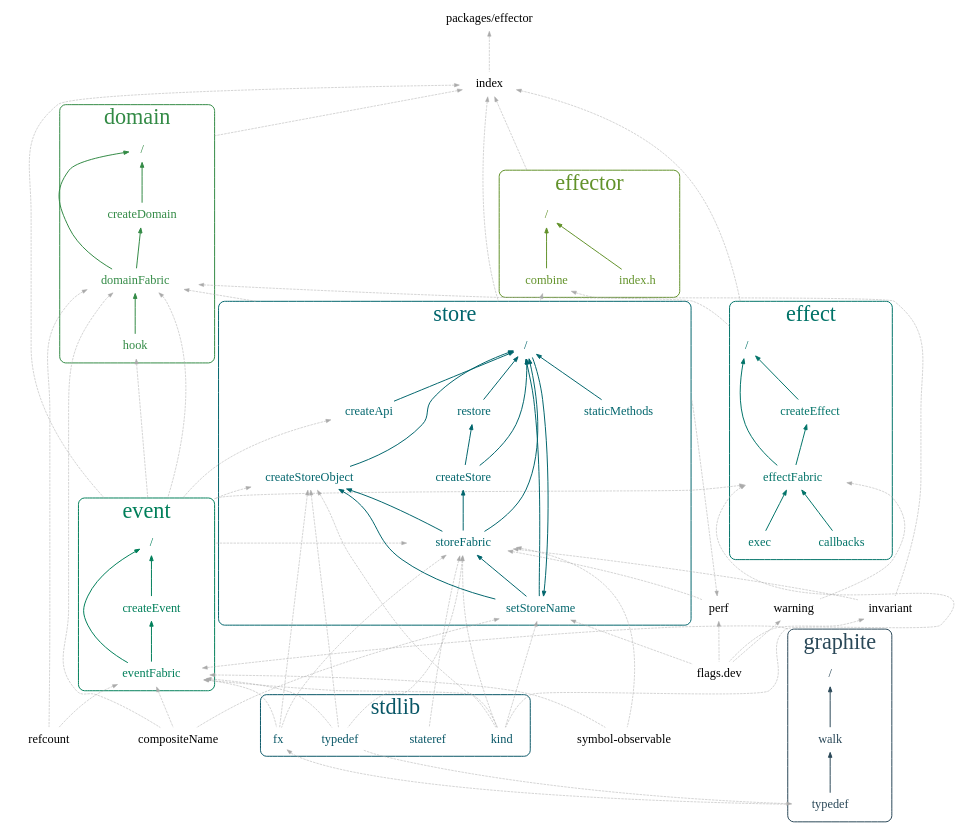
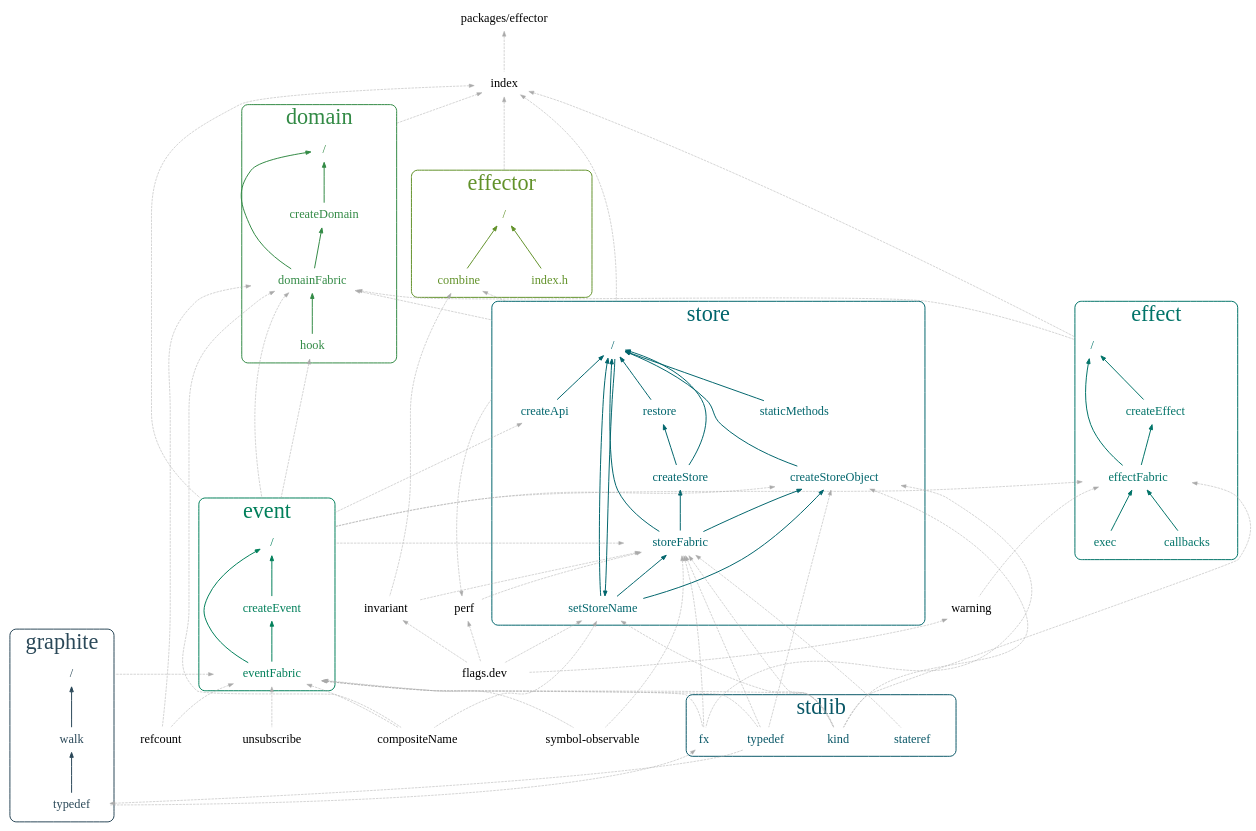
One commit to effector/effector changed the diagram in modules.dot. Above: the diagram before and after it, drawn with Graphviz. The commit also changed 1 other file, not shown here.

```diff
--- a/modules.dot
+++ b/modules.dot
@@ -1,178 +1,180 @@
 digraph G {
   edge [color="#aaaaaa",dir=back];
   node [style=filled,color=white,fontsize="25px"];
   graph [fontsize=15 compound=true];
   rankdir=TB;
   ranksep=".95 equally";
   ratio=auto;
-  subgraph cluster_id_1d {
+  subgraph cluster_id_1e {
     style="rounded,bold";
     color="#62922a";
     node [fontcolor="#62922a",fontsize="25px"];
     id_c [label="/",group="effector"];
     id_h [label="combine",group="effector"];
     id_i [label="index.h",group="effector"];
     fontcolor="#62922a";
     fontsize="45px";
     label = "effector";
   }
-  subgraph cluster_id_1e {
+  subgraph cluster_id_1f {
     style="rounded,bold";
     color="#328a45";
     node [fontcolor="#328a45",fontsize="25px"];
     id_d [label="/",group="domain"];
     id_j [label="domainFabric",group="domain"];
     id_k [label="createDomain",group="domain"];
     id_z [label="hook",group="domain"];
     fontcolor="#328a45";
     fontsize="45px";
     label = "domain";
   }
-  subgraph cluster_id_1f {
+  subgraph cluster_id_1g {
     style="rounded,bold";
     color="#007f5a";
     node [fontcolor="#007f5a",fontsize="25px"];
     id_e [label="/",group="event"];
     id_l [label="eventFabric",group="event"];
     id_m [label="createEvent",group="event"];
     fontcolor="#007f5a";
     fontsize="45px";
     label = "event";
   }
-  subgraph cluster_id_1g {
+  subgraph cluster_id_1h {
     style="rounded,bold";
     color="#007368";
     node [fontcolor="#007368",fontsize="25px"];
     id_f [label="/",group="effect"];
     id_n [label="effectFabric",group="effect"];
     id_o [label="createEffect",group="effect"];
-    id_16 [label="exec",group="effect"];
-    id_17 [label="callbacks",group="effect"];
+    id_17 [label="exec",group="effect"];
+    id_18 [label="callbacks",group="effect"];
     fontcolor="#007368";
     fontsize="45px";
     label = "effect";
   }
-  subgraph cluster_id_1h {
+  subgraph cluster_id_1i {
     style="rounded,bold";
     color="#00656c";
     node [fontcolor="#00656c",fontsize="25px"];
     id_g [label="/",group="store"];
     id_p [label="storeFabric",group="store"];
     id_q [label="createStore",group="store"];
     id_r [label="setStoreName",group="store"];
     id_s [label="createStoreObject",group="store"];
     id_t [label="createApi",group="store"];
     id_u [label="restore",group="store"];
     id_v [label="staticMethods",group="store"];
     fontcolor="#00656c";
     fontsize="45px";
     label = "store";
   }
-  subgraph cluster_id_1i {
+  subgraph cluster_id_1j {
     style="rounded,bold";
     color="#085666";
     node [fontcolor="#085666",fontsize="25px"];
-    id_10 [label="fx",group="stdlib"];
-    id_11 [label="typedef",group="stdlib"];
+    id_11 [label="fx",group="stdlib"];
+    id_12 [label="typedef",group="stdlib"];
     id_13 [label="kind",group="stdlib"];
-    id_19 [label="stateref",group="stdlib"];
+    id_1a [label="stateref",group="stdlib"];
     fontcolor="#085666";
     fontsize="45px";
     label = "stdlib";
   }
-  subgraph cluster_id_1j {
+  subgraph cluster_id_1k {
     style="rounded,bold";
     color="#2a4858";
     node [fontcolor="#2a4858",fontsize="25px"];
     id_14 [label="/",group="graphite"];
-    id_1b [label="typedef",group="graphite"];
-    id_1c [label="walk",group="graphite"];
+    id_1c [label="typedef",group="graphite"];
+    id_1d [label="walk",group="graphite"];
     fontcolor="#2a4858";
     fontsize="45px";
     label = "graphite";
   }
   id_a [label="packages/effector"];
   id_b [label="index"];
   id_w [label="invariant"];
   id_x [label="compositeName"];
   id_y [label="refcount"];
-  id_12 [label="symbol-observable"];
-  id_15 [label="warning"];
-  id_18 [label="perf"];
-  id_1a [label="flags.dev"];
+  id_10 [label="symbol-observable"];
+  id_15 [label="unsubscribe"];
+  id_16 [label="warning"];
+  id_19 [label="perf"];
+  id_1b [label="flags.dev"];
   id_d -> id_k [style="bold",color="#328a45"];
   id_d -> id_j [style="bold",color="#328a45"];
   id_k -> id_j [style="bold",color="#328a45"];
   id_j -> id_x [style="dashed"];
   id_j -> id_z [style="bold",color="#328a45"];
-  id_j -> id_f [style="dashed",lhead=cluster_id_1g];
-  id_j -> id_e [style="dashed",lhead=cluster_id_1f];
+  id_j -> id_f [style="dashed",lhead=cluster_id_1h];
+  id_j -> id_e [style="dashed",lhead=cluster_id_1g];
   id_j -> id_y [style="dashed"];
-  id_j -> id_g [style="dashed",lhead=cluster_id_1h];
-  id_z -> id_e [style="dashed",lhead=cluster_id_1f];
+  id_j -> id_g [style="dashed",lhead=cluster_id_1i];
+  id_z -> id_e [style="dashed",lhead=cluster_id_1g];
   id_f -> id_o [style="bold",color="#007368"];
   id_f -> id_n [style="bold",color="#007368"];
   id_o -> id_n [style="bold",color="#007368"];
+  id_n -> id_18 [style="bold",color="#007368"];
   id_n -> id_17 [style="bold",color="#007368"];
-  id_n -> id_16 [style="bold",color="#007368"];
-  id_n -> id_e [style="dashed",lhead=cluster_id_1f];
+  id_n -> id_e [style="dashed",lhead=cluster_id_1g];
   id_n -> id_13 [style="dashed"];
-  id_n -> id_15 [style="dashed"];
+  id_n -> id_16 [style="dashed"];
   id_c -> id_h [style="bold",color="#62922a"];
   id_c -> id_i [style="bold",color="#62922a"];
   id_h -> id_w [style="dashed"];
-  id_h -> id_g [style="dashed",lhead=cluster_id_1h];
+  id_h -> id_g [style="dashed",lhead=cluster_id_1i];
   id_e -> id_m [style="bold",color="#007f5a"];
   id_e -> id_l [style="bold",color="#007f5a"];
   id_m -> id_l [style="bold",color="#007f5a"];
   id_l -> id_x [style="dashed"];
-  id_l -> id_14 [style="dashed",lhead=cluster_id_1j];
+  id_l -> id_14 [style="dashed",lhead=cluster_id_1k];
   id_l -> id_y [style="dashed"];
+  id_l -> id_11 [style="dashed"];
+  id_l -> id_13 [style="dashed"];
+  id_l -> id_12 [style="dashed"];
   id_l -> id_10 [style="dashed"];
-  id_l -> id_13 [style="dashed"];
-  id_l -> id_11 [style="dashed"];
-  id_l -> id_12 [style="dashed"];
-  id_14 -> id_1c [style="bold",color="#2a4858"];
-  id_1b -> id_11 [style="dashed"];
-  id_1c -> id_1b [style="bold",color="#2a4858"];
-  id_b -> id_d [style="dashed",lhead=cluster_id_1e];
-  id_b -> id_f [style="dashed",lhead=cluster_id_1g];
-  id_b -> id_c [style="dashed",lhead=cluster_id_1d];
-  id_b -> id_e [style="dashed",lhead=cluster_id_1f];
-  id_b -> id_g [style="dashed",lhead=cluster_id_1h];
-  id_w -> id_1a [style="dashed"];
+  id_l -> id_15 [style="dashed"];
+  id_14 -> id_1d [style="bold",color="#2a4858"];
+  id_1c -> id_12 [style="dashed"];
+  id_1d -> id_1c [style="bold",color="#2a4858"];
+  id_b -> id_d [style="dashed",lhead=cluster_id_1f];
+  id_b -> id_f [style="dashed",lhead=cluster_id_1h];
+  id_b -> id_c [style="dashed",lhead=cluster_id_1e];
+  id_b -> id_e [style="dashed",lhead=cluster_id_1g];
+  id_b -> id_g [style="dashed",lhead=cluster_id_1i];
+  id_w -> id_1b [style="dashed"];
   id_a -> id_b [style="dashed"];
-  id_18 -> id_1a [style="dashed"];
-  id_18 -> id_g [style="dashed",lhead=cluster_id_1h];
-  id_10 -> id_1b [style="dashed"];
+  id_19 -> id_1b [style="dashed"];
+  id_19 -> id_g [style="dashed",lhead=cluster_id_1i];
+  id_11 -> id_1c [style="dashed"];
   id_g -> id_t [style="bold",color="#00656c"];
   id_g -> id_q [style="bold",color="#00656c"];
   id_g -> id_s [style="bold",color="#00656c"];
   id_g -> id_u [style="bold",color="#00656c"];
   id_g -> id_r [style="bold",color="#00656c"];
   id_g -> id_v [style="bold",color="#00656c"];
   id_g -> id_p [style="bold",color="#00656c"];
-  id_t -> id_e [style="dashed",lhead=cluster_id_1f];
+  id_t -> id_e [style="dashed",lhead=cluster_id_1g];
   id_q -> id_p [style="bold",color="#00656c"];
-  id_s -> id_e [style="dashed",lhead=cluster_id_1f];
-  id_s -> id_10 [style="dashed"];
+  id_s -> id_e [style="dashed",lhead=cluster_id_1g];
+  id_s -> id_11 [style="dashed"];
   id_s -> id_13 [style="dashed"];
-  id_s -> id_11 [style="dashed"];
+  id_s -> id_12 [style="dashed"];
   id_s -> id_r [style="bold",color="#00656c"];
   id_s -> id_p [style="bold",color="#00656c"];
   id_u -> id_q [style="bold",color="#00656c"];
   id_r -> id_x [style="dashed"];
-  id_r -> id_1a [style="dashed"];
+  id_r -> id_1b [style="dashed"];
   id_r -> id_13 [style="dashed"];
   id_r -> id_g [style="bold",color="#00656c"];
-  id_p -> id_e [style="dashed",lhead=cluster_id_1f];
+  id_p -> id_e [style="dashed",lhead=cluster_id_1g];
   id_p -> id_w [style="dashed"];
-  id_p -> id_18 [style="dashed"];
-  id_p -> id_10 [style="dashed"];
-  id_p -> id_13 [style="dashed"];
   id_p -> id_19 [style="dashed"];
   id_p -> id_11 [style="dashed"];
+  id_p -> id_13 [style="dashed"];
+  id_p -> id_1a [style="dashed"];
+  id_p -> id_12 [style="dashed"];
   id_p -> id_r [style="bold",color="#00656c"];
-  id_p -> id_12 [style="dashed"];
-  id_15 -> id_1a [style="dashed"];
+  id_p -> id_10 [style="dashed"];
+  id_16 -> id_1b [style="dashed"];
 }
```
